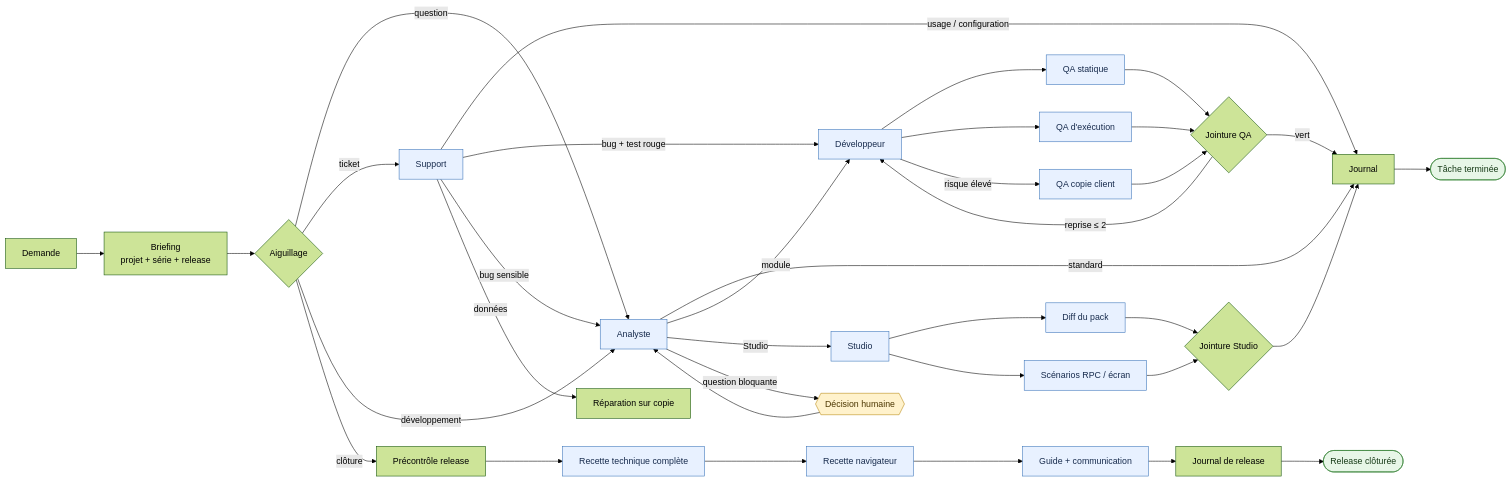
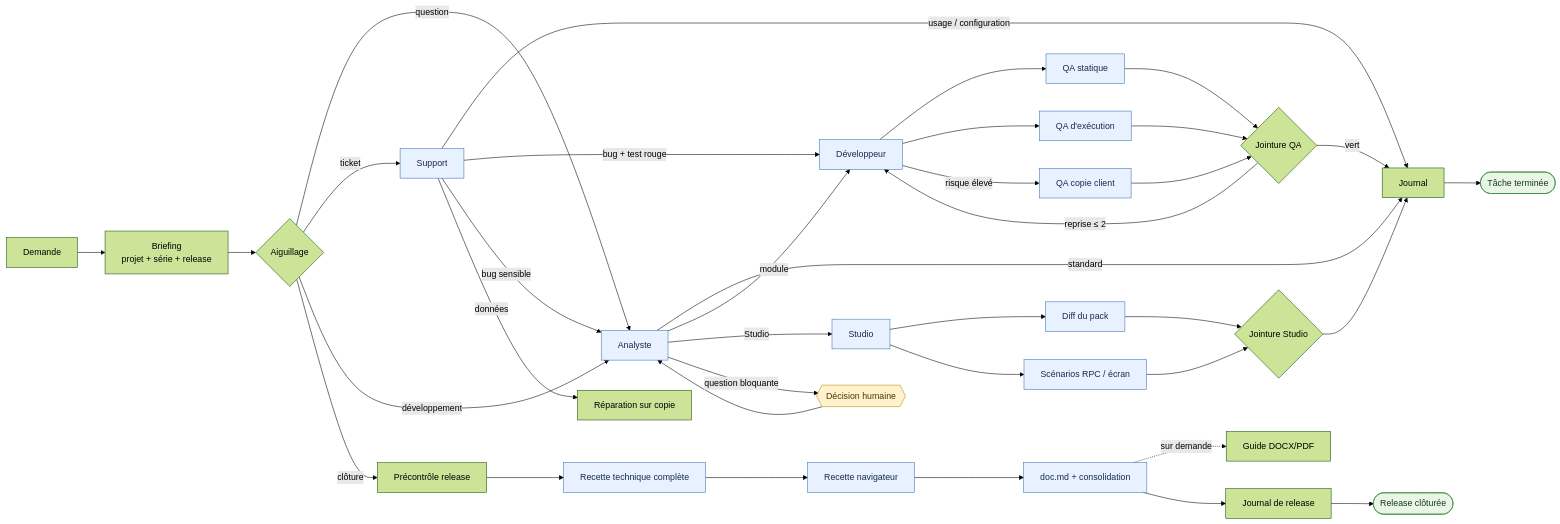
Before and after one commit to le-goff-benoit/odoo-crew: the diagram in README.md, drawn with Mermaid (forest theme). The commit also changed other lines of this file and 22 other files, not shown here.

````diff
--- a/README.md
+++ b/README.md
@@ -30,51 +33,52 @@
 ```mermaid
 flowchart LR
     U[Demande] --> B[Briefing<br/>projet + série + release]
     B --> R{Aiguillage}
 
     R -->|question| A[Analyste]
     R -->|ticket| S[Support]
     R -->|développement| A
     R -->|clôture| C[Précontrôle release]
 
     A -->|standard| J[Journal]
     A -->|module| D[Développeur]
     A -->|Studio| ST[Studio]
     A -->|question bloquante| H{{Décision humaine}}
     H --> A
 
     S -->|usage / configuration| J
     S -->|bug + test rouge| D
     S -->|bug sensible| A
     S -->|données| DR[Réparation sur copie]
 
     D --> Q1[QA statique]
     D --> Q2[QA d'exécution]
     D -->|risque élevé| Q3[QA copie client]
     Q1 --> QG{Jointure QA}
     Q2 --> QG
     Q3 --> QG
     QG -->|vert| J
     QG -->|reprise ≤ 2| D
 
     ST --> SQ1[Diff du pack]
     ST --> SQ2[Scénarios RPC / écran]
     SQ1 --> SG{Jointure Studio}
     SQ2 --> SG
     SG --> J
 
     C --> CQ[Recette technique complète]
     CQ --> CB[Recette navigateur]
-    CB --> CD[Guide + communication]
+    CB --> CD[doc.md + consolidation]
+    CD -.->|sur demande| G[Guide DOCX/PDF]
     CD --> CJ[Journal de release]
 
     J --> F([Tâche terminée])
     CJ --> FC([Release clôturée])
 
     classDef agent fill:#e8f1ff,stroke:#3973b9,color:#172b4d;
     classDef human fill:#fff2cc,stroke:#b8860b,color:#4b3600;
     classDef terminal fill:#e7f6e7,stroke:#398439,color:#173b17;
     class A,S,D,ST,Q1,Q2,Q3,SQ1,SQ2,CQ,CB,CD agent;
     class H human;
     class F,FC terminal;
 ```
````
